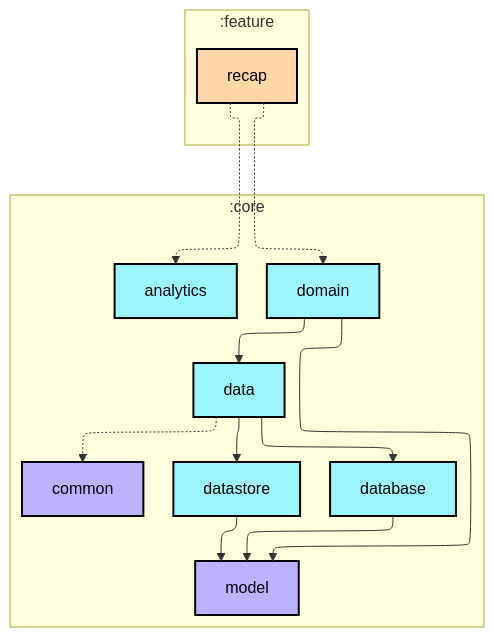
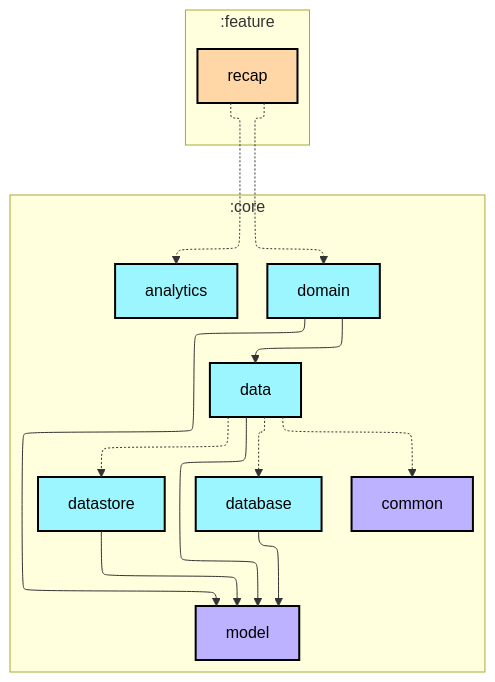
The first of 2 diagrams in feature/recap/README.md (Sunior-k/walklog), drawn with Mermaid before and after one commit. The commit also changed 52 other files, not shown here.

````diff
--- a/feature/recap/README.md
+++ b/feature/recap/README.md
@@ -8,40 +8,41 @@
 ```mermaid
 ---
 config:
   layout: elk
   elk:
     nodePlacementStrategy: SIMPLE
 ---
 graph TB
   subgraph :feature
     direction TB
     :feature:recap[recap]:::android-feature
   end
 
   subgraph :core
     direction TB
     :core:domain[domain]:::android-library
     :core:data[data]:::android-library
     :core:database[database]:::android-library
     :core:datastore[datastore]:::android-library
     :core:common[common]:::jvm-library
     :core:model[model]:::jvm-library
     :core:analytics[analytics]:::android-library
   end
 
   :feature:recap -.-> :core:domain
   :feature:recap -.-> :core:analytics
   :core:domain --> :core:data
   :core:domain --> :core:model
-  :core:data --> :core:database
-  :core:data --> :core:datastore
+  :core:data --> :core:model
+  :core:data -.-> :core:database
+  :core:data -.-> :core:datastore
   :core:data -.-> :core:common
   :core:database --> :core:model
   :core:datastore --> :core:model
 
 classDef android-application fill:#CAFFBF,stroke:#000,stroke-width:2px,color:#000;
 classDef android-feature fill:#FFD6A5,stroke:#000,stroke-width:2px,color:#000;
 classDef android-library fill:#9BF6FF,stroke:#000,stroke-width:2px,color:#000;
 classDef android-test fill:#A0C4FF,stroke:#000,stroke-width:2px,color:#000;
 classDef jvm-library fill:#BDB2FF,stroke:#000,stroke-width:2px,color:#000;
 ```
````
